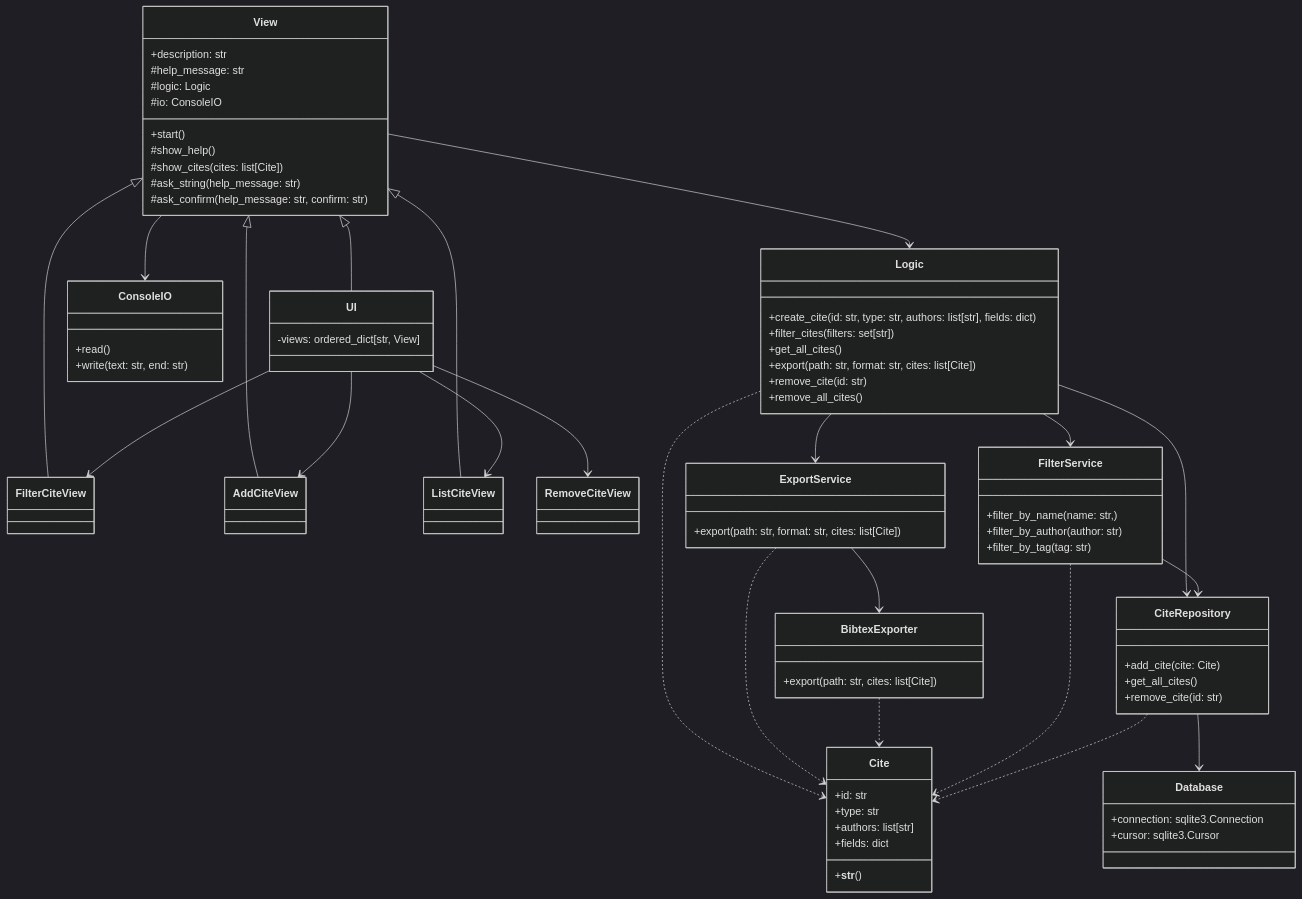
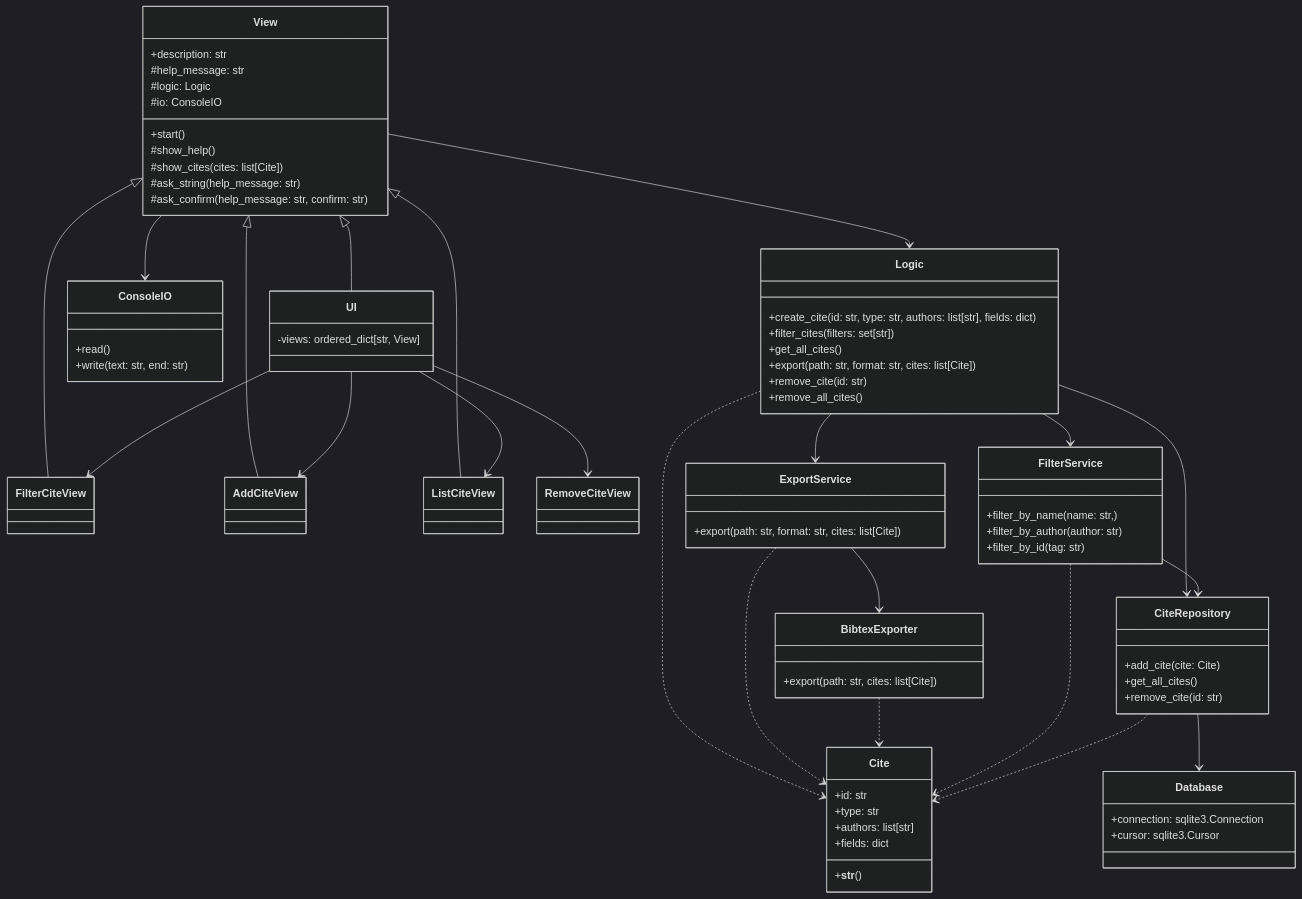
One commit to TheJiahao/ohtu-miniprojekti changed the second of 2 diagrams in docs/arkkitehtuuri.md. Above: the diagram before and after it, drawn with Mermaid (dark theme).

Commit message:
Update arkkitehtuuri.md
Replace filter_by_tag with filter_by_id

````diff
--- a/docs/arkkitehtuuri.md
+++ b/docs/arkkitehtuuri.md
@@ -111,6 +111,6 @@
 class FilterService {
     +filter_by_name(name: str, )
     +filter_by_author(author: str)
-    +filter_by_tag(tag: str)
+    +filter_by_id(tag: str)
 }
 ```
````
